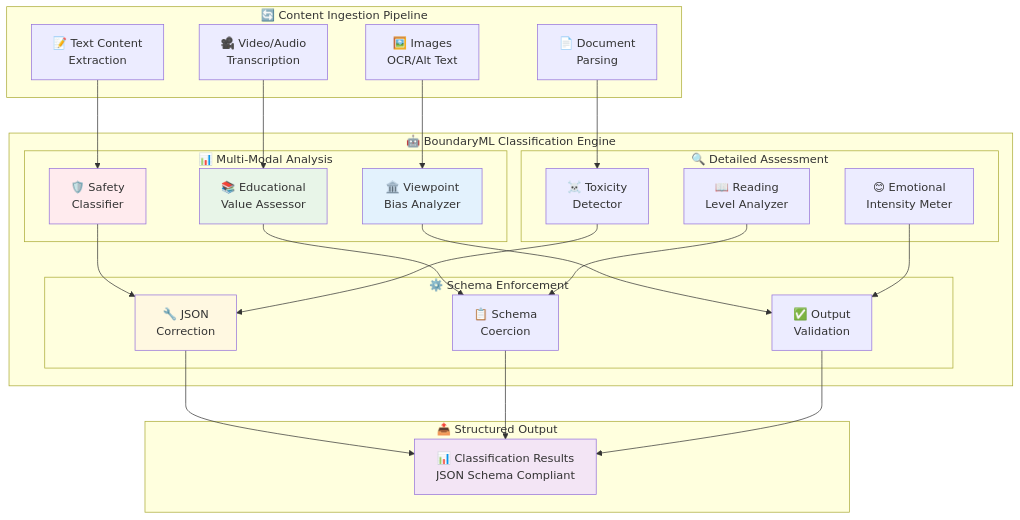
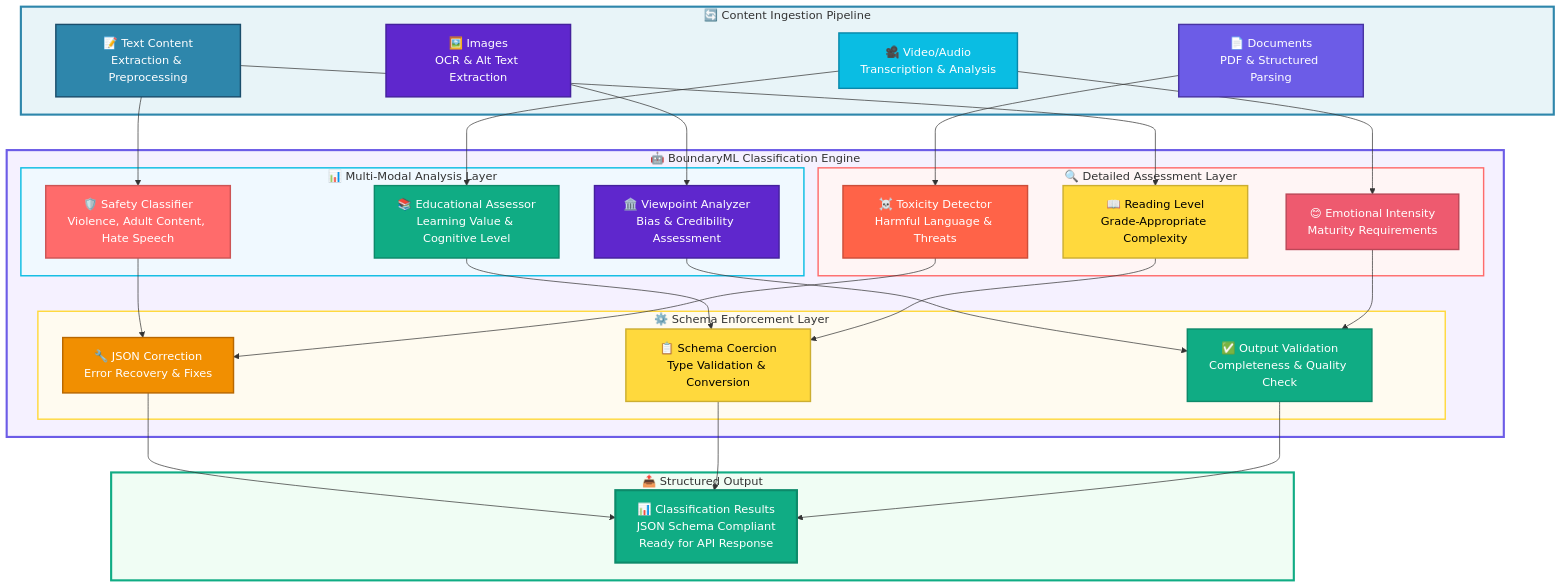
Before and after one commit to gitmujoshi/ai-curation-engine-cursor-generated: the third of 13 diagrams in docs/architecture/AI_Curation_Engine_Architecture.md, drawn with Mermaid. The commit also changed other lines of this file and 8 other files, not shown here.

First line of the commit message:
Improve architecture diagrams with professional styling and color schemes

````diff
--- a/docs/architecture/AI_Curation_Engine_Architecture.md
+++ b/docs/architecture/AI_Curation_Engine_Architecture.md
@@ -312,69 +329,74 @@
 ```mermaid
 flowchart TD
-    subgraph "🔄 Content Ingestion Pipeline"
-        TXT[📝 Text Content
-Extraction]
-        VID[🎥 Video/Audio
-Transcription]
-        IMG[🖼️ Images
-OCR/Alt Text]
-        DOC[📄 Document
-Parsing]
+    subgraph INGESTION["🔄 Content Ingestion Pipeline"]
+        TXT["📝 Text Content<br/>Extraction & Preprocessing"]
+        VID["🎥 Video/Audio<br/>Transcription & Analysis"]
+        IMG["🖼️ Images<br/>OCR & Alt Text Extraction"]
+        DOC["📄 Documents<br/>PDF & Structured Parsing"]
     end
     
-    subgraph "🤖 BoundaryML Classification Engine"
-        subgraph "📊 Multi-Modal Analysis"
-            SAFE[🛡️ Safety
-Classifier]
-            EDU[📚 Educational
-Value Assessor]
-            VIEW[🏛️ Viewpoint
-Bias Analyzer]
+    subgraph BML_ENGINE["🤖 BoundaryML Classification Engine"]
+        subgraph MULTI["📊 Multi-Modal Analysis Layer"]
+            SAFE["🛡️ Safety Classifier<br/>Violence, Adult Content, Hate Speech"]
+            EDU["📚 Educational Assessor<br/>Learning Value & Cognitive Level"]
+            VIEW["🏛️ Viewpoint Analyzer<br/>Bias & Credibility Assessment"]
         end
         
-        subgraph "🔍 Detailed Assessment"
-            TOX[☠️ Toxicity
-Detector]
-            READ[📖 Reading
-Level Analyzer]
-            EMO[😊 Emotional
-Intensity Meter]
+        subgraph DETAIL["🔍 Detailed Assessment Layer"]
+            TOX["☠️ Toxicity Detector<br/>Harmful Language & Threats"]
+            READ["📖 Reading Level<br/>Grade-Appropriate Complexity"]
+            EMO["😊 Emotional Intensity<br/>Maturity Requirements"]
         end
         
-        subgraph "⚙️ Schema Enforcement"
-            JSON[🔧 JSON
-Correction]
-            SCHEMA[📋 Schema
-Coercion]
-            VALID[✅ Output
-Validation]
+        subgraph ENFORCE["⚙️ Schema Enforcement Layer"]
+            JSON["🔧 JSON Correction<br/>Error Recovery & Fixes"]
+            COERCE["📋 Schema Coercion<br/>Type Validation & Conversion"]
+            VALID["✅ Output Validation<br/>Completeness & Quality Check"]
         end
     end
     
-    subgraph "📤 Structured Output"
-        RESULT[📊 Classification Results
-JSON Schema Compliant]
+    subgraph OUTPUT["📤 Structured Output"]
+        RESULT["📊 Classification Results<br/>JSON Schema Compliant<br/>Ready for API Response"]
     end
     
     TXT --> SAFE
     VID --> EDU
     IMG --> VIEW
     DOC --> TOX
+    TXT --> READ
+    VID --> EMO
     
     SAFE --> JSON
-    EDU --> SCHEMA
+    EDU --> COERCE
     VIEW --> VALID
     TOX --> JSON
-    READ --> SCHEMA
+    READ --> COERCE
     EMO --> VALID
     
     JSON --> RESULT
-    SCHEMA --> RESULT
+    COERCE --> RESULT
     VALID --> RESULT
     
-    style SAFE fill:#ffebee
-    style EDU fill:#e8f5e8
-    style VIEW fill:#e3f2fd
-    style JSON fill:#fff8e1
-    style RESULT fill:#f3e5f5
+    %% Professional color scheme with gradients
+    style INGESTION fill:#E8F4F8,stroke:#2E86AB,stroke-width:3px
+    style BML_ENGINE fill:#F5F1FF,stroke:#6C5CE7,stroke-width:3px
+    style MULTI fill:#F0F9FF,stroke:#0ABDE3,stroke-width:2px
+    style DETAIL fill:#FFF5F5,stroke:#FF6B6B,stroke-width:2px
+    style ENFORCE fill:#FFFBF0,stroke:#FFD93D,stroke-width:2px
+    style OUTPUT fill:#F0FDF4,stroke:#10AC84,stroke-width:3px
+    
+    style TXT fill:#2E86AB,stroke:#1A4D6B,stroke-width:2px,color:#fff
+    style VID fill:#0ABDE3,stroke:#0888AB,stroke-width:2px,color:#fff
+    style IMG fill:#5F27CD,stroke:#44219D,stroke-width:2px,color:#fff
+    style DOC fill:#6C5CE7,stroke:#4834A3,stroke-width:2px,color:#fff
+    style SAFE fill:#FF6B6B,stroke:#CC5555,stroke-width:2px,color:#fff
+    style EDU fill:#10AC84,stroke:#0D8A6A,stroke-width:2px,color:#fff
+    style VIEW fill:#5F27CD,stroke:#44219D,stroke-width:2px,color:#fff
+    style TOX fill:#FF6348,stroke:#CC4E3A,stroke-width:2px,color:#fff
+    style READ fill:#FFD93D,stroke:#CCAE31,stroke-width:2px,color:#000
+    style EMO fill:#EE5A6F,stroke:#BB4757,stroke-width:2px,color:#fff
+    style JSON fill:#F18F01,stroke:#B86700,stroke-width:2px,color:#fff
+    style COERCE fill:#FFD93D,stroke:#CCAE31,stroke-width:2px,color:#000
+    style VALID fill:#10AC84,stroke:#0D8A6A,stroke-width:2px,color:#fff
+    style RESULT fill:#10AC84,stroke:#0D8A6A,stroke-width:3px,color:#fff
 ```
````
